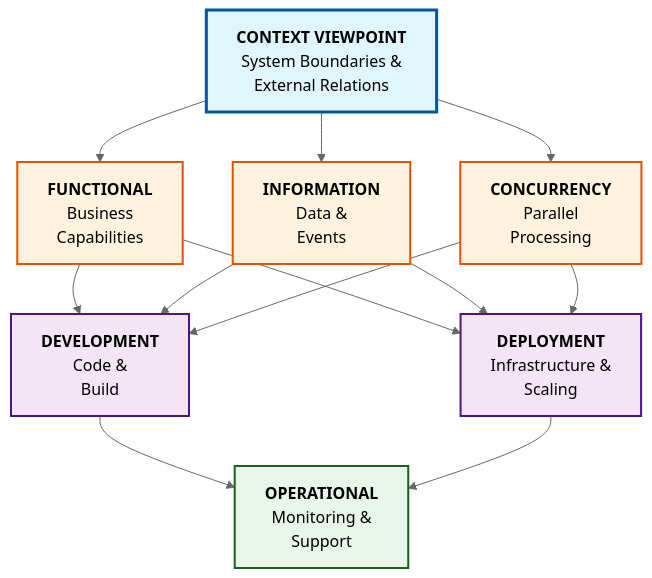
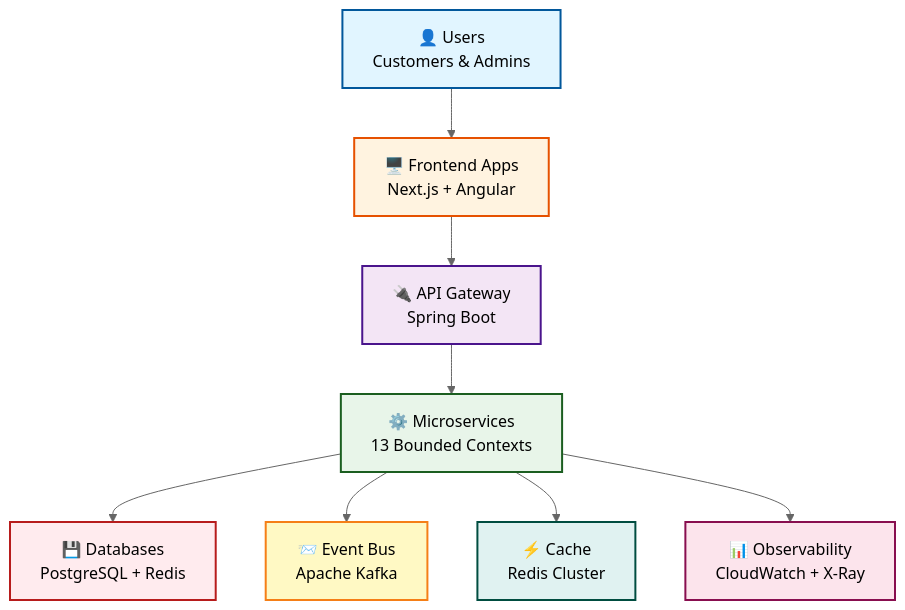
One commit to humank/genai-demo changed the diagram in README.md. Above: the diagram before and after it, drawn with Mermaid (neutral theme). The commit also changed other lines of this file and 46 other files, not shown here.

````diff
--- a/README.md
+++ b/README.md
@@ -88,27 +30,28 @@
 ```mermaid
 graph TB
-    Context["<b>CONTEXT VIEWPOINT</b><br/>System Boundaries &<br/>External Relations"]
+    User["👤 Users<br/>Customers & Admins"]
+    Frontend["🖥️ Frontend Apps<br/>Next.js + Angular"]
+    API["🔌 API Gateway<br/>Spring Boot"]
+    Services["⚙️ Microservices<br/>13 Bounded Contexts"]
+    Data["💾 Databases<br/>PostgreSQL + Redis"]
+    Events["📨 Event Bus<br/>Apache Kafka"]
+    Cache["⚡ Cache<br/>Redis Cluster"]
+    Observability["📊 Observability<br/>CloudWatch + X-Ray"]
     
-    Context --> Functional["<b>FUNCTIONAL</b><br/>Business<br/>Capabilities"]
-    Context --> Information["<b>INFORMATION</b><br/>Data &<br/>Events"]
-    Context --> Concurrency["<b>CONCURRENCY</b><br/>Parallel<br/>Processing"]
+    User --> Frontend
+    Frontend --> API
+    API --> Services
+    Services --> Data
+    Services --> Events
+    Services --> Cache
+    Services --> Observability
     
-    Functional --> Development["<b>DEVELOPMENT</b><br/>Code &<br/>Build"]
-    Information --> Development
-    Concurrency --> Development
-    
-    Functional --> Deployment["<b>DEPLOYMENT</b><br/>Infrastructure &<br/>Scaling"]
-    Information --> Deployment
-    Concurrency --> Deployment
-    
-    Development --> Operational["<b>OPERATIONAL</b><br/>Monitoring &<br/>Support"]
-    Deployment --> Operational
-    
-    style Context fill:#e1f5ff,stroke:#01579b,stroke-width:3px
-    style Functional fill:#fff3e0,stroke:#e65100,stroke-width:2px
-    style Information fill:#fff3e0,stroke:#e65100,stroke-width:2px
-    style Concurrency fill:#fff3e0,stroke:#e65100,stroke-width:2px
-    style Development fill:#f3e5f5,stroke:#4a148c,stroke-width:2px
-    style Deployment fill:#f3e5f5,stroke:#4a148c,stroke-width:2px
-    style Operational fill:#e8f5e9,stroke:#1b5e20,stroke-width:2px
+    style User fill:#e1f5ff,stroke:#01579b,stroke-width:2px
+    style Frontend fill:#fff3e0,stroke:#e65100,stroke-width:2px
+    style API fill:#f3e5f5,stroke:#4a148c,stroke-width:2px
+    style Services fill:#e8f5e9,stroke:#1b5e20,stroke-width:2px
+    style Data fill:#ffebee,stroke:#b71c1c,stroke-width:2px
+    style Events fill:#fff9c4,stroke:#f57f17,stroke-width:2px
+    style Cache fill:#e0f2f1,stroke:#004d40,stroke-width:2px
+    style Observability fill:#fce4ec,stroke:#880e4f,stroke-width:2px
 ```
````
